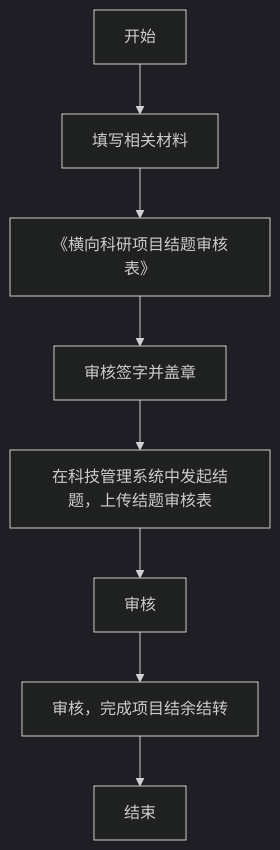
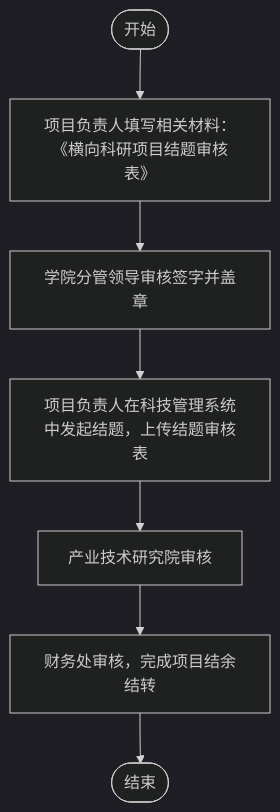
The diagram in outline2flow/mmd_outputs/page_51.mmd (AmyIvan/work1), drawn with Mermaid (dark theme) before and after one commit. The commit also changed 138 other files, not shown here.

```diff
--- a/outline2flow/mmd_outputs/page_51.mmd
+++ b/outline2flow/mmd_outputs/page_51.mmd
@@ -1,8 +1,7 @@
 flowchart TD
-    A["开始"] --> B[填写相关材料]
-    B --> C[《横向科研项目结题审核表》]
-    C --> D[审核签字并盖章]
-    D --> E[在科技管理系统中发起结题，上传结题审核表]
-    E --> F[审核]
-    F --> G[审核，完成项目结余结转]
-    G --> H["结束"]
+    Start(["开始"]) --> P1["项目负责人填写相关材料：《横向科研项目结题审核表》"]
+    P1 --> P2["学院分管领导审核签字并盖章"]
+    P2 --> P3["项目负责人在科技管理系统中发起结题，上传结题审核表"]
+    P3 --> P4["产业技术研究院审核"]
+    P4 --> P5["财务处审核，完成项目结余结转"]
+    P5 --> End(["结束"])
```
